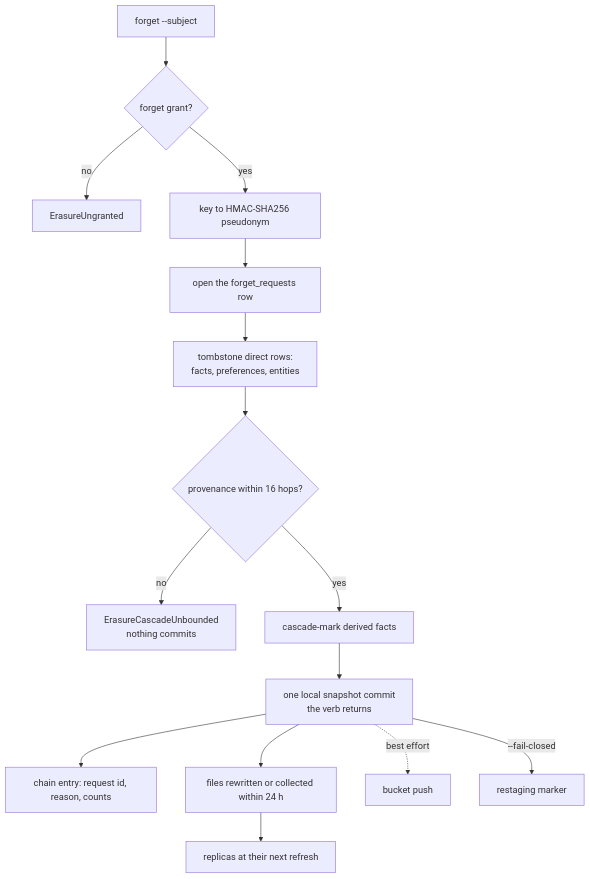
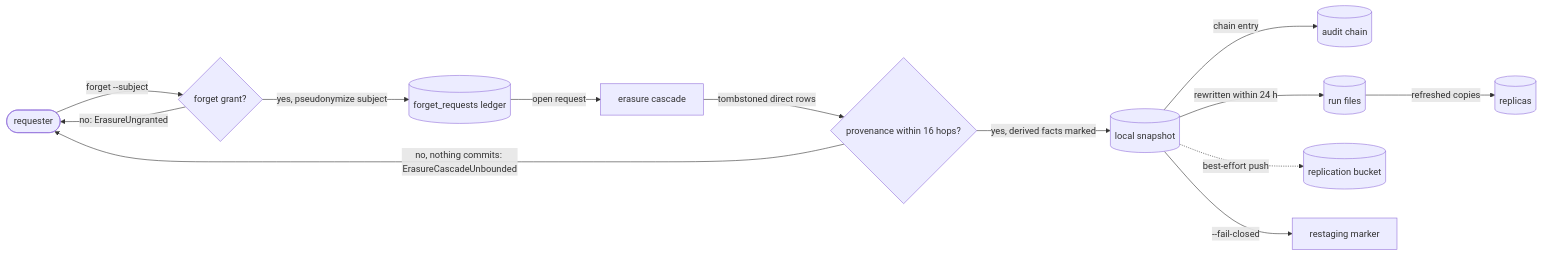
Before and after one commit to fractalboxdev/contextful: the third of 5 diagrams in spec/62-accountability.md, drawn with Mermaid. The commit also changed other lines of this file and 44 other files, not shown here.

First line of the commit message:
spec: diagrams draw entities and flows, and the checker enforces it (#12)

````diff
--- a/spec/62-accountability.md
+++ b/spec/62-accountability.md
@@ -138,17 +133,15 @@
 ```mermaid
-flowchart TD
-  V["forget --subject"] --> G{"forget grant?"}
-  G -- no --> E1["ErasureUngranted"]
-  G -- yes --> PS["key to HMAC-SHA256 pseudonym"]
-  PS --> L["open the forget_requests row"]
-  L --> T["tombstone direct rows:<br/>facts, preferences, entities"]
-  T --> C{"provenance within 16 hops?"}
-  C -- no --> E2["ErasureCascadeUnbounded<br/>nothing commits"]
-  C -- yes --> M["cascade-mark derived facts"]
-  M --> COMMIT["one local snapshot commit<br/>the verb returns"]
-  COMMIT --> CH["chain entry: request id, reason, counts"]
-  COMMIT --> PHYS["files rewritten or collected within 24 h"]
-  COMMIT -. "best effort" .-> PUSH["bucket push"]
-  COMMIT -- "--fail-closed" --> GATE["restaging marker"]
-  PHYS --> REP["replicas at their next refresh"]
+flowchart LR
+  REQ(["requester"]) -->|"forget --subject"| G{"forget grant?"}
+  G -->|"no: ErasureUngranted"| REQ
+  G -->|"yes, pseudonymize subject"| LEDGER[("forget_requests ledger")]
+  LEDGER -->|"open request"| CASC["erasure cascade"]
+  CASC -->|"tombstoned direct rows"| C{"provenance within 16 hops?"}
+  C -->|"no, nothing commits: ErasureCascadeUnbounded"| REQ
+  C -->|"yes, derived facts marked"| SNAP[("local snapshot")]
+  SNAP -->|"chain entry"| CHAINLOG[("audit chain")]
+  SNAP -->|"rewritten within 24 h"| FILES[("run files")]
+  SNAP -.->|"best-effort push"| BKT[("replication bucket")]
+  SNAP -->|"--fail-closed"| MARK["restaging marker"]
+  FILES -->|"refreshed copies"| REP[("replicas")]
 ```
````
